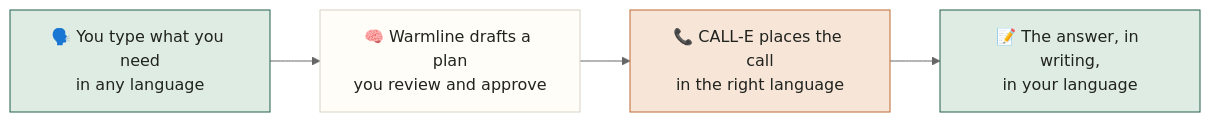
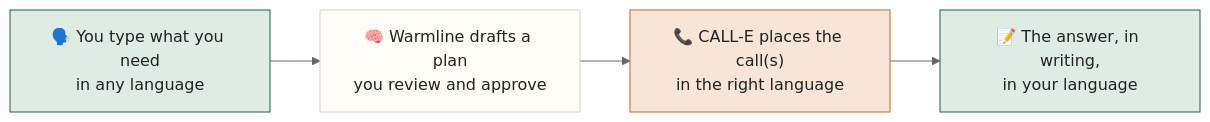
The diagram in README.md (rishvaiyer/warmline), drawn with Mermaid (neutral theme) before and after one commit. The commit also changed other lines of this file, not shown here.

````diff
--- a/README.md
+++ b/README.md
@@ -39,11 +72,11 @@
 ```mermaid
 flowchart LR
     A["🗣️ You type what you need<br/>in any language"] --> B["🧠 Warmline drafts a plan<br/>you review and approve"]
-    B --> C["📞 CALL-E places the call<br/>in the right language"]
+    B --> C["📞 CALL-E places the call(s)<br/>in the right language"]
     C --> D["📝 The answer, in writing,<br/>in your language"]
 
     style A fill:#dfece3,stroke:#235f4a,color:#20231e
     style B fill:#fffdf7,stroke:#d8d2c5,color:#20231e
     style C fill:#f7e5d8,stroke:#be6b35,color:#20231e
     style D fill:#dfece3,stroke:#235f4a,color:#20231e
 ```
````
